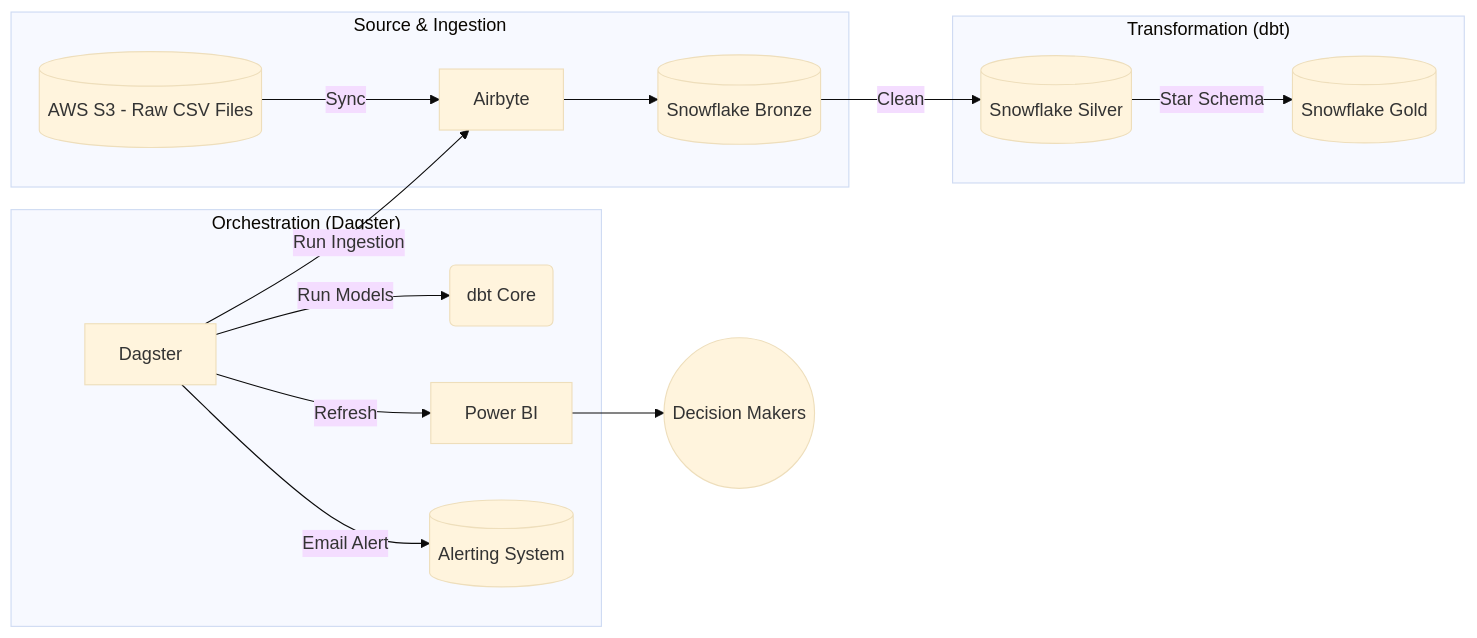
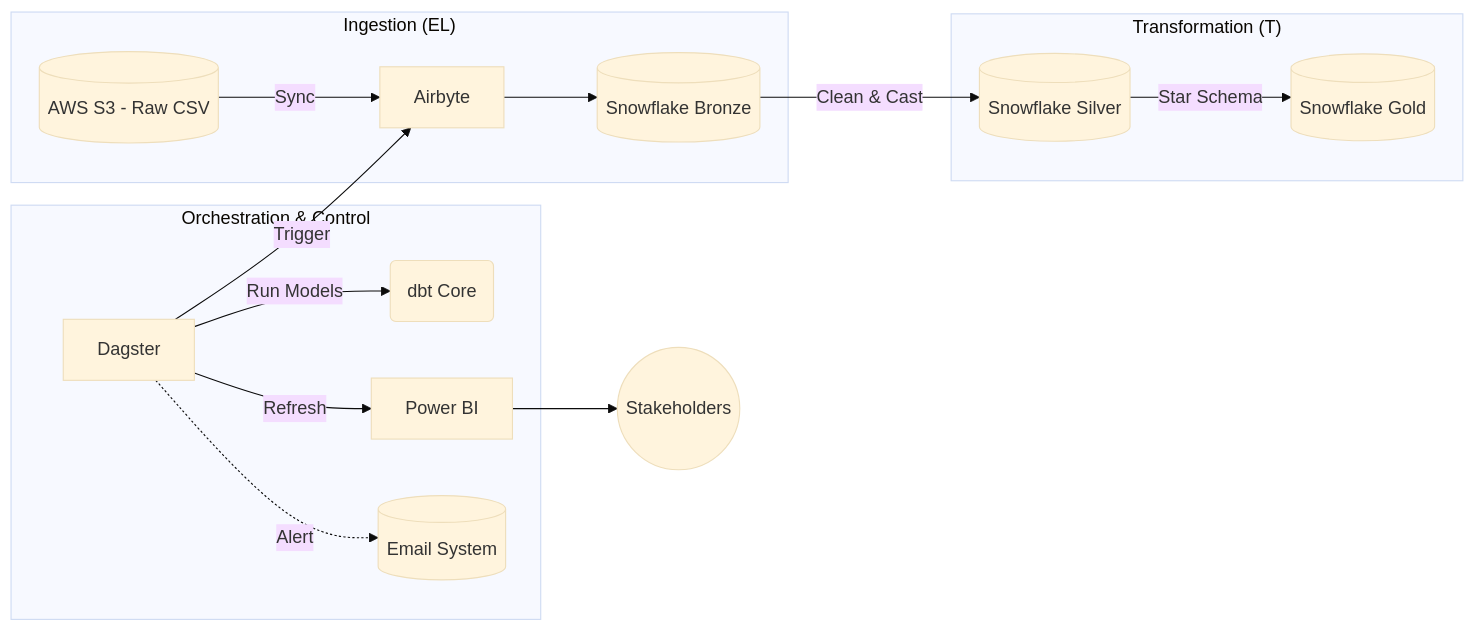
One commit to amramgad8/SafeRoute-Data-Pipeline changed the diagram in README.md. Above: the diagram before and after it, drawn with Mermaid (base theme). The commit also changed other lines of this file, not shown here.

`````diff
--- a/README.md
+++ b/README.md
@@ -104,21 +84,21 @@
 ```mermaid
 graph LR
-    subgraph "Source & Ingestion"
-        S3[(AWS S3 - Raw CSV Files)] -->|Sync| Airbyte[Airbyte]
-        Airbyte --> SnowBronze[(Snowflake Bronze)]
+    subgraph "Ingestion (EL)"
+        S3[(AWS S3 - Raw CSV)] -->|Sync| Airbyte[Airbyte]
+        Airbyte --> Bronze[(Snowflake Bronze)]
     end
 
-    subgraph "Transformation (dbt)"
-        SnowBronze -->|Clean| SnowSilver[(Snowflake Silver)]
-        SnowSilver -->|Star Schema| SnowGold[(Snowflake Gold)]
+    subgraph "Transformation (T)"
+        Bronze -->|Clean & Cast| Silver[(Snowflake Silver)]
+        Silver -->|Star Schema| Gold[(Snowflake Gold)]
     end
 
-    subgraph "Orchestration (Dagster)"
-        Dagster[Dagster] -->|Run Ingestion| Airbyte
+    subgraph "Orchestration & Control"
+        Dagster[Dagster] -->|Trigger| Airbyte
         Dagster -->|Run Models| dbtCore(dbt Core)
         Dagster -->|Refresh| PowerBI[Power BI]
-        Dagster -->|Email Alert| Email[(Alerting System)]
+        Dagster -.->|Alert| Email[(Email System)]
     end
 
-    PowerBI --> Users((Decision Makers))
-```
+    PowerBI --> DecisionMakers((Stakeholders))
+````
`````
